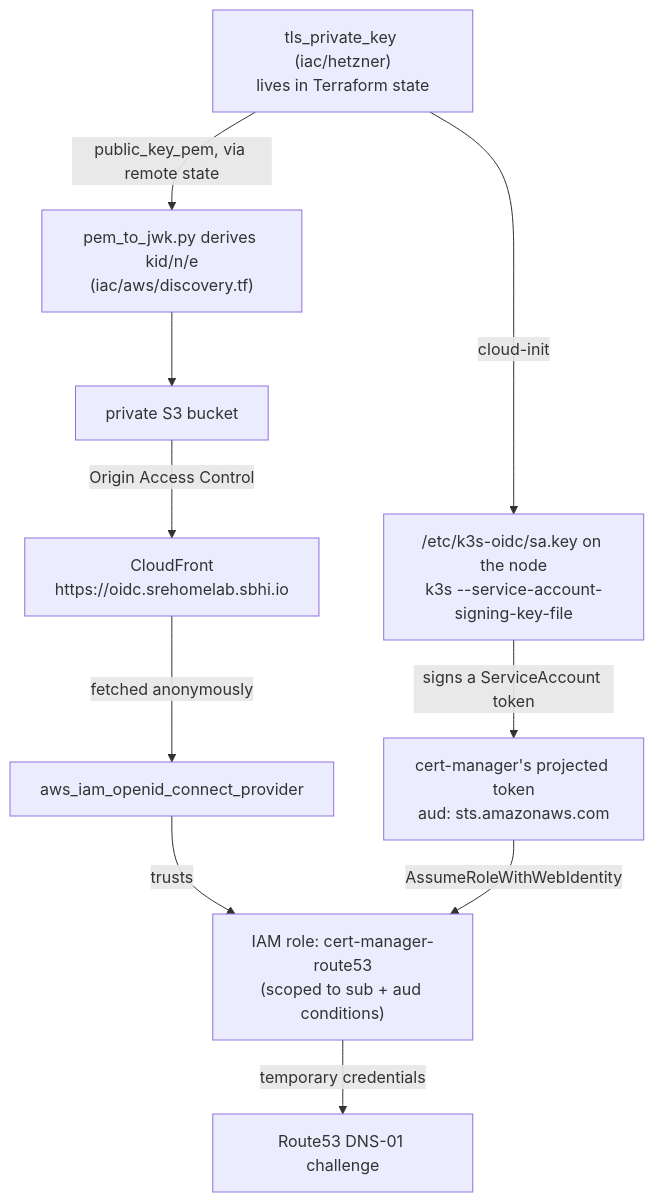
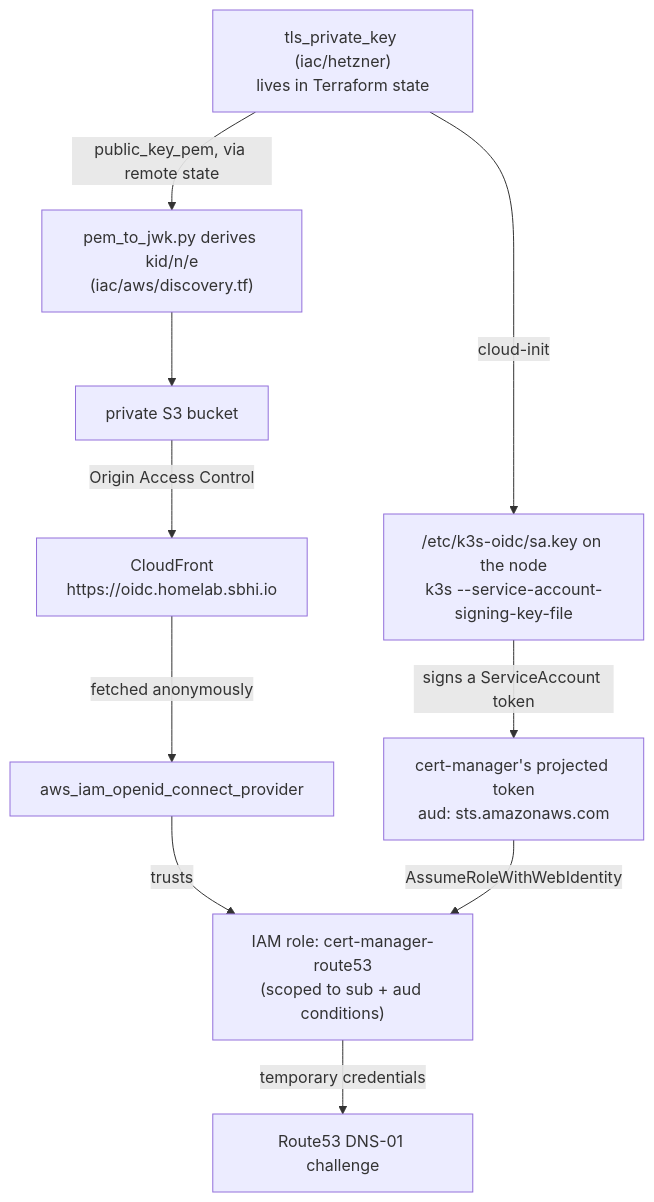
The second of 2 diagrams in docs/architecture.md (sbhiii/homelab), drawn with Mermaid before and after one commit. The commit also changed other lines of this file and 3 other files, not shown here.

````diff
--- a/docs/architecture.md
+++ b/docs/architecture.md
@@ -52,13 +62,13 @@
 ```mermaid
 flowchart TD
     K["tls_private_key (iac/hetzner)\nlives in Terraform state"]
     K -->|cloud-init| N["/etc/k3s-oidc/sa.key on the node\nk3s --service-account-signing-key-file"]
     K -->|public_key_pem, via remote state| J["pem_to_jwk.py derives kid/n/e\n(iac/aws/discovery.tf)"]
     J --> S["private S3 bucket"]
-    S -->|Origin Access Control| C["CloudFront\nhttps://oidc.srehomelab.sbhi.io"]
+    S -->|Origin Access Control| C["CloudFront\nhttps://oidc.homelab.sbhi.io"]
     C -->|fetched anonymously| P["aws_iam_openid_connect_provider"]
     P -->|trusts| R["IAM role: cert-manager-route53\n(scoped to sub + aud conditions)"]
     N -->|signs a ServiceAccount token| T["cert-manager's projected token\naud: sts.amazonaws.com"]
     T -->|AssumeRoleWithWebIdentity| R
     R -->|temporary credentials| D["Route53 DNS-01 challenge"]
 ```
````
